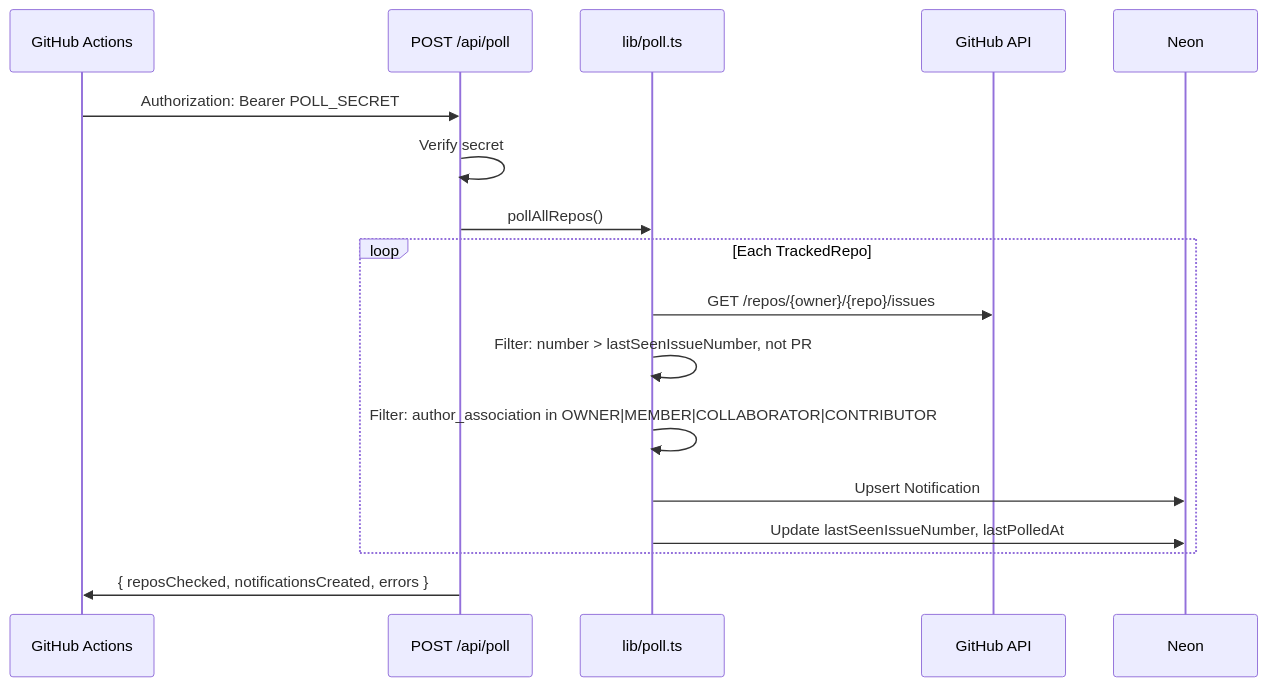
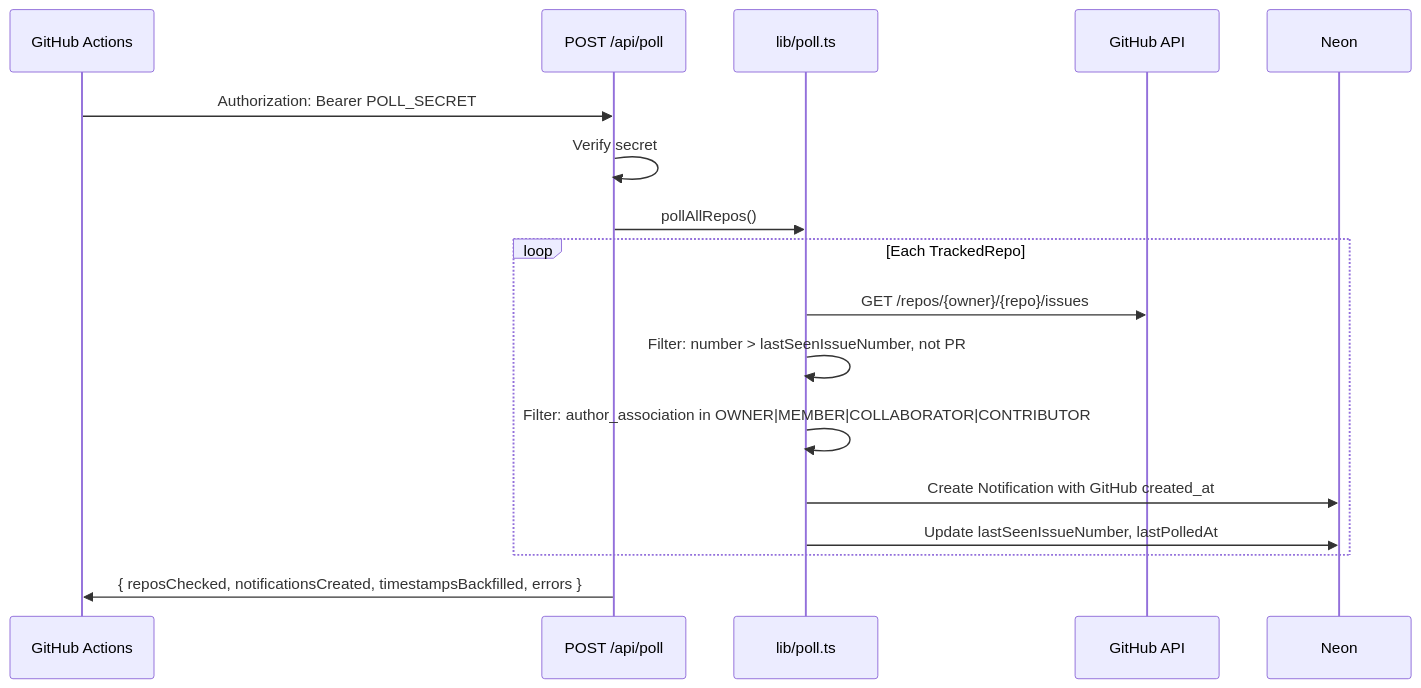
One commit to AgrimTawani/oss-manager changed the sixth of 8 diagrams in docs/architecture.md. Above: the diagram before and after it, drawn with Mermaid. The commit also changed other lines of this file and 8 other files, not shown here.

Commit message:
Show actual GitHub issue creation times

````diff
--- a/docs/architecture.md
+++ b/docs/architecture.md
@@ -194,20 +198,20 @@
 ```mermaid
 sequenceDiagram
   participant GHA as GitHub Actions
   participant P as POST /api/poll
   participant L as lib/poll.ts
   participant GH as GitHub API
   participant DB as Neon
 
   GHA->>P: Authorization: Bearer POLL_SECRET
   P->>P: Verify secret
   P->>L: pollAllRepos()
   loop Each TrackedRepo
     L->>GH: GET /repos/{owner}/{repo}/issues
     L->>L: Filter: number > lastSeenIssueNumber, not PR
     L->>L: Filter: author_association in OWNER|MEMBER|COLLABORATOR|CONTRIBUTOR
-    L->>DB: Upsert Notification
+    L->>DB: Create Notification with GitHub created_at
     L->>DB: Update lastSeenIssueNumber, lastPolledAt
   end
-  P->>GHA: { reposChecked, notificationsCreated, errors }
+  P->>GHA: { reposChecked, notificationsCreated, timestampsBackfilled, errors }
 ```
````
